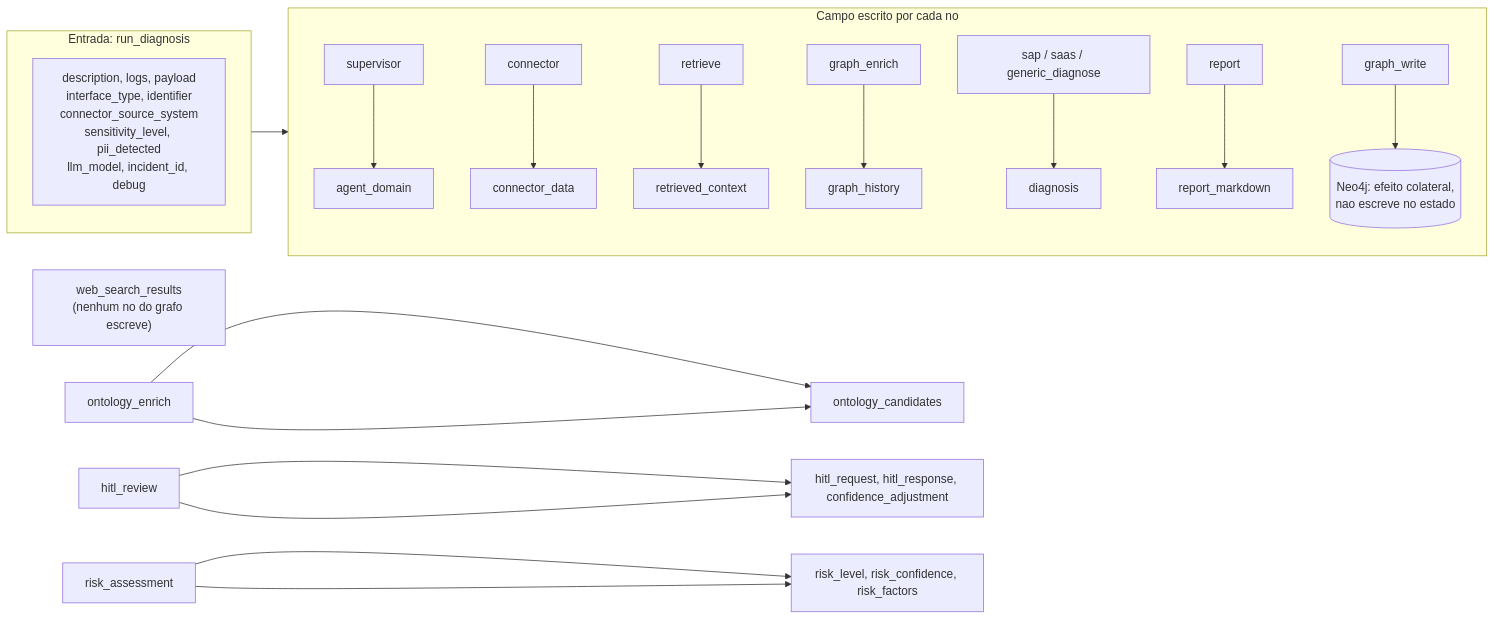
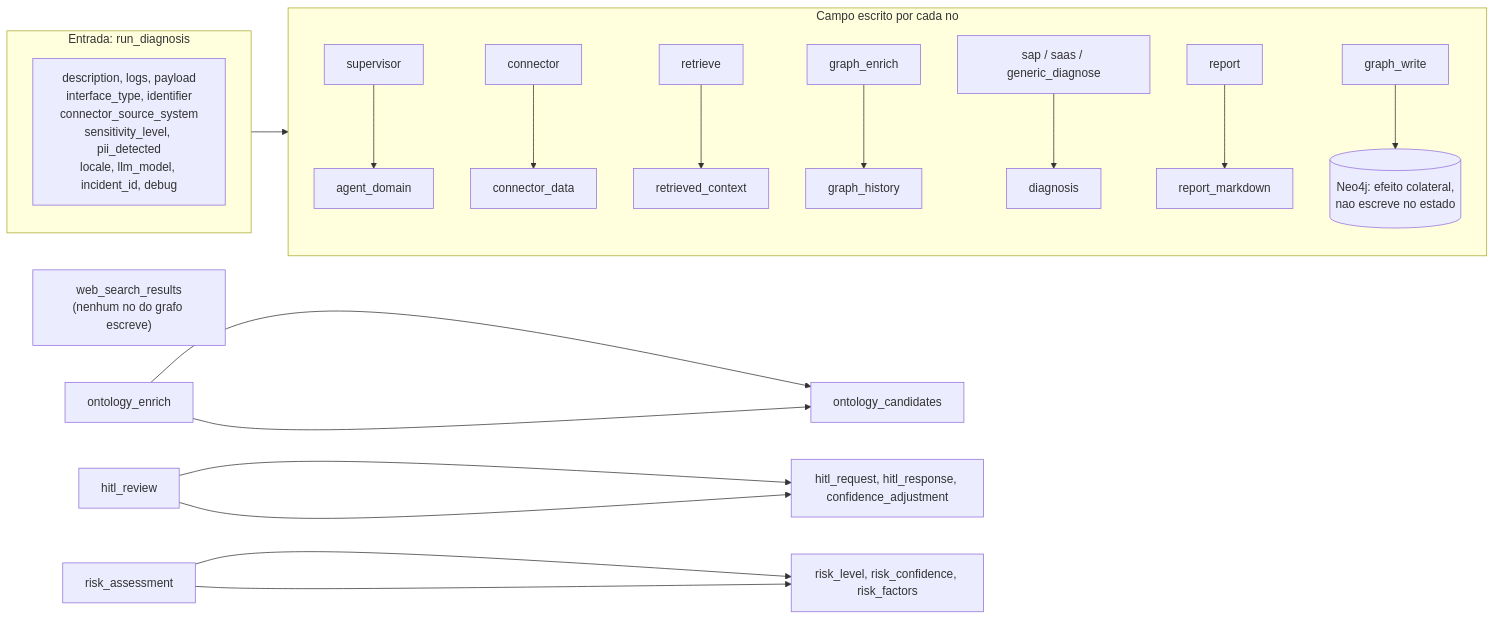
Before and after one commit to marcos-slima/integration-incident-copilot: the fifth of 15 diagrams in docs/ARCHITECTURE.md, drawn with Mermaid. The commit also changed 27 other files, not shown here.

````diff
--- a/docs/ARCHITECTURE.md
+++ b/docs/ARCHITECTURE.md
@@ -209,23 +209,23 @@
 ```mermaid
 flowchart LR
     subgraph entrada["Entrada: run_diagnosis"]
-        e1["description, logs, payload<br/>interface_type, identifier<br/>connector_source_system<br/>sensitivity_level, pii_detected<br/>llm_model, incident_id, debug"]
+        e1["description, logs, payload<br/>interface_type, identifier<br/>connector_source_system<br/>sensitivity_level, pii_detected<br/>locale, llm_model, incident_id, debug"]
     end
     subgraph nos["Campo escrito por cada no"]
         sup["supervisor"] --> s1["agent_domain"]
         con["connector"] --> s2["connector_data"]
         ret["retrieve"] --> s3["retrieved_context"]
         gen["graph_enrich"] --> s4["graph_history"]
         dia["sap / saas / generic_diagnose"] --> s5["diagnosis"]
         rep["report"] --> s6["report_markdown"]
         gw["graph_write"] --> n4j[("Neo4j: efeito colateral,<br/>nao escreve no estado")]
     end
     morto["web_search_results<br/>(nenhum no do grafo escreve)"]
     ont["ontology_enrich"] --> s7["ontology_candidates"]
     hitl["hitl_review"] --> s8["hitl_request, hitl_response, confidence_adjustment"]
     risk["risk_assessment"] --> s9["risk_level, risk_confidence, risk_factors"]
     entrada --> nos
     ont --> s7
     hitl --> s8
     risk --> s9
 ```
````
